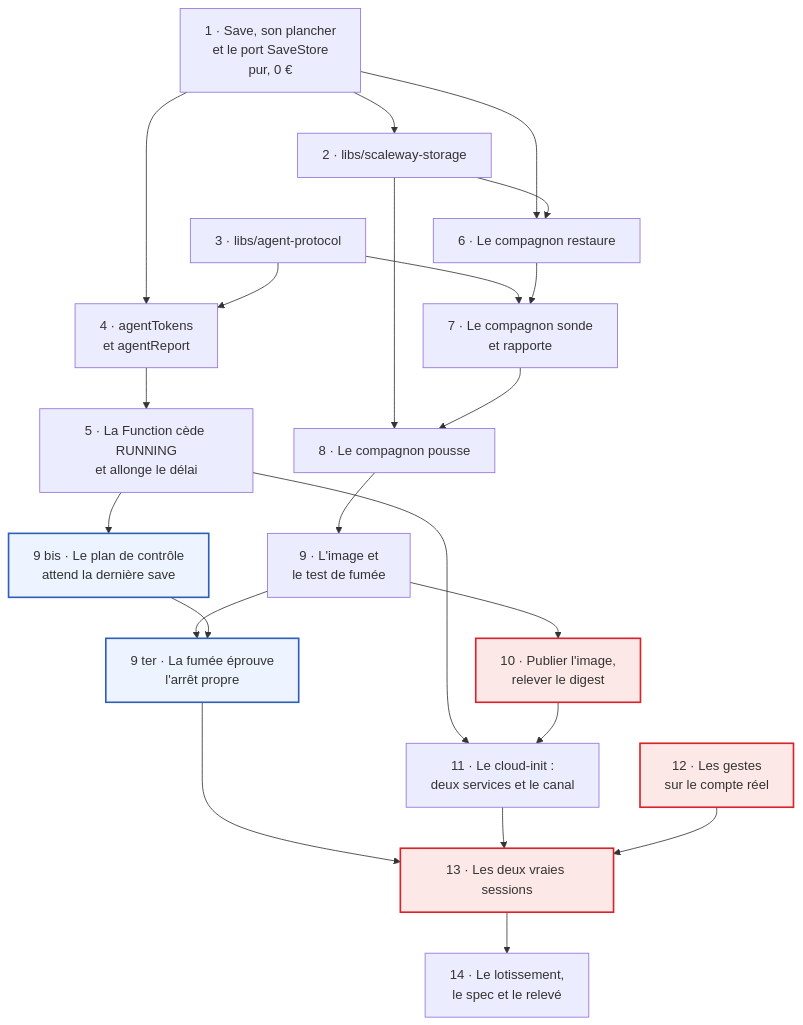
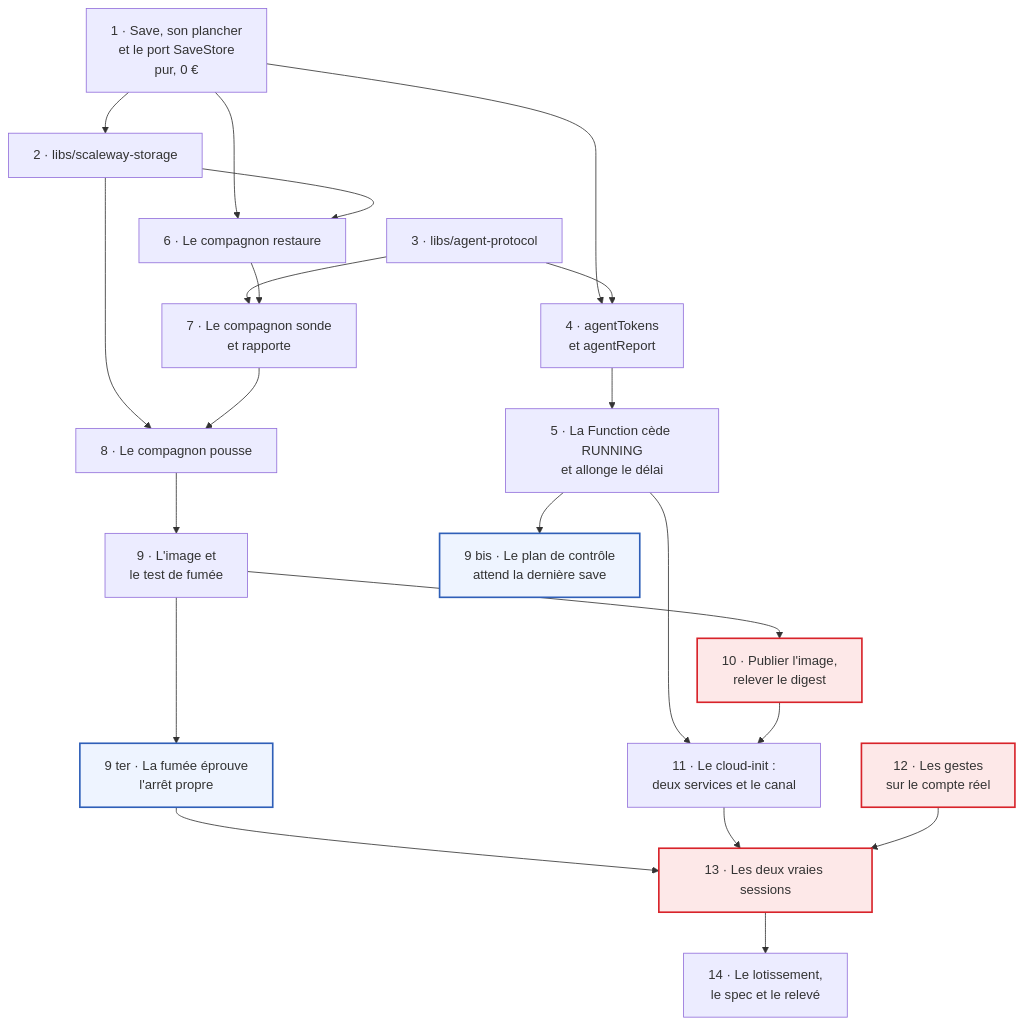
The diagram in docs/superpowers/plans/2026-09-06-tranche-3-les-saves.md (charlouze/beacon-hosting), drawn with Mermaid before and after one commit. The commit also changed other lines of this file, not shown here.

````diff
--- a/docs/superpowers/plans/2026-09-06-tranche-3-les-saves.md
+++ b/docs/superpowers/plans/2026-09-06-tranche-3-les-saves.md
@@ -126,46 +126,45 @@
 ```mermaid
 flowchart TD
     T1["1 · Save, son plancher<br/>et le port SaveStore<br/>pur, 0 €"]
     T2["2 · libs/scaleway-storage"]
     T3["3 · libs/agent-protocol"]
     T4["4 · agentTokens<br/>et agentReport"]
     T5["5 · La Function cède RUNNING<br/>et allonge le délai"]
     T6["6 · Le compagnon restaure"]
     T7["7 · Le compagnon sonde<br/>et rapporte"]
     T8["8 · Le compagnon pousse"]
     T9["9 · L'image et<br/>le test de fumée"]
     T9B["9 bis · Le plan de contrôle<br/>attend la dernière save"]
     T9T["9 ter · La fumée éprouve<br/>l'arrêt propre"]
     T10["10 · Publier l'image,<br/>relever le digest"]
     T11["11 · Le cloud-init :<br/>deux services et le canal"]
     T12["12 · Les gestes<br/>sur le compte réel"]
     T13["13 · Les deux vraies sessions"]
     T14["14 · Le lotissement,<br/>le spec et le relevé"]
 
     T1 --> T2
     T1 --> T4
     T1 --> T6
     T3 --> T4
     T3 --> T7
     T4 --> T5
     T2 --> T6
     T2 --> T8
     T6 --> T7
     T7 --> T8
     T8 --> T9
     T9 --> T9T
     T5 --> T9B
-    T9B --> T9T
     T9 --> T10
     T5 --> T11
     T10 --> T11
     T9T --> T13
     T11 --> T13
     T12 --> T13
     T13 --> T14
 
     classDef human fill:#fde8e8,stroke:#d8232a,stroke-width:2px
     classDef late fill:#eef4ff,stroke:#2f5fb8,stroke-width:2px
     class T10,T12,T13 human
     class T9B,T9T late
 ```
````
